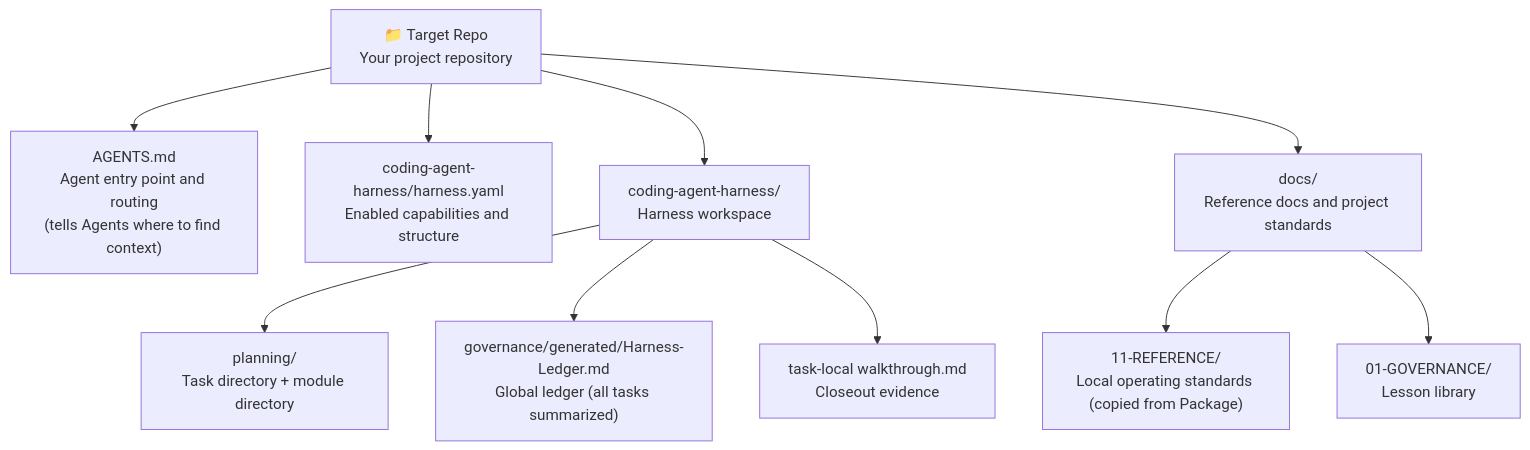
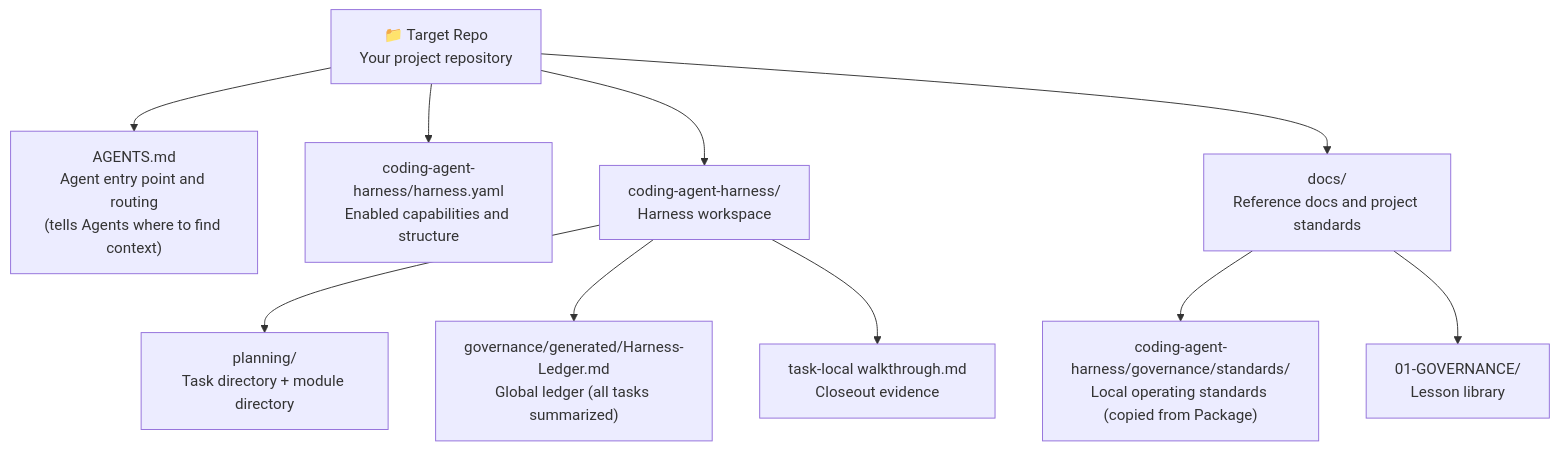
One commit to FairladyZ625/coding-agent-harness changed the third of 4 diagrams in docs-release/architecture/system-explainer/en-US/01-system-overview.md. Above: the diagram before and after it, drawn with Mermaid. The commit also changed other lines of this file and 120 other files, not shown here.

````diff
--- a/docs-release/architecture/system-explainer/en-US/01-system-overview.md
+++ b/docs-release/architecture/system-explainer/en-US/01-system-overview.md
@@ -101,15 +101,15 @@
 ```mermaid
 flowchart TD
   REPO["📁 Target Repo\nYour project repository"]
 
   REPO --> Entry["AGENTS.md\nAgent entry point and routing\n(tells Agents where to find context)"]
   REPO --> Manifest["coding-agent-harness/harness.yaml\nEnabled capabilities and structure"]
   REPO --> Harness["coding-agent-harness/\nHarness workspace"]
   REPO --> Docs["docs/\nReference docs and project standards"]
 
   Harness --> Planning["planning/\nTask directory + module directory"]
   Harness --> Ledger["governance/generated/Harness-Ledger.md\nGlobal ledger (all tasks summarized)"]
   Harness --> Walkthrough["task-local walkthrough.md\nCloseout evidence"]
-  Docs --> Reference["11-REFERENCE/\nLocal operating standards (copied from Package)"]
+  Docs --> Reference["coding-agent-harness/governance/standards/\nLocal operating standards (copied from Package)"]
   Docs --> Governance["01-GOVERNANCE/\nLesson library"]
 ```
````
